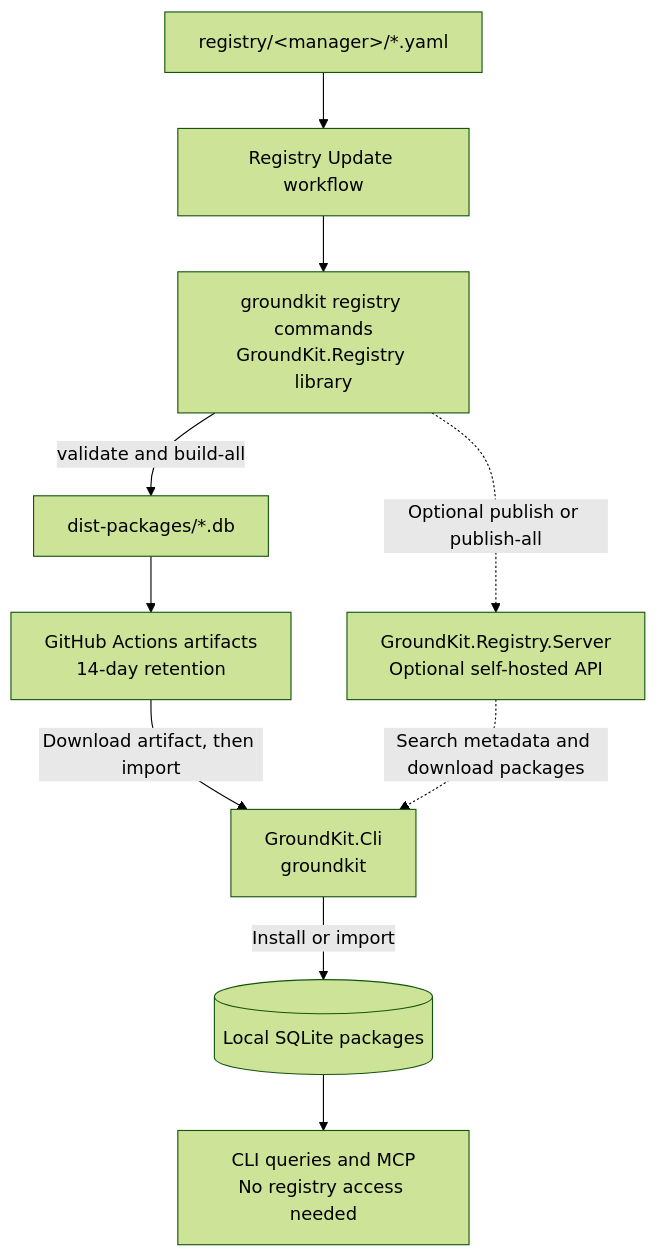
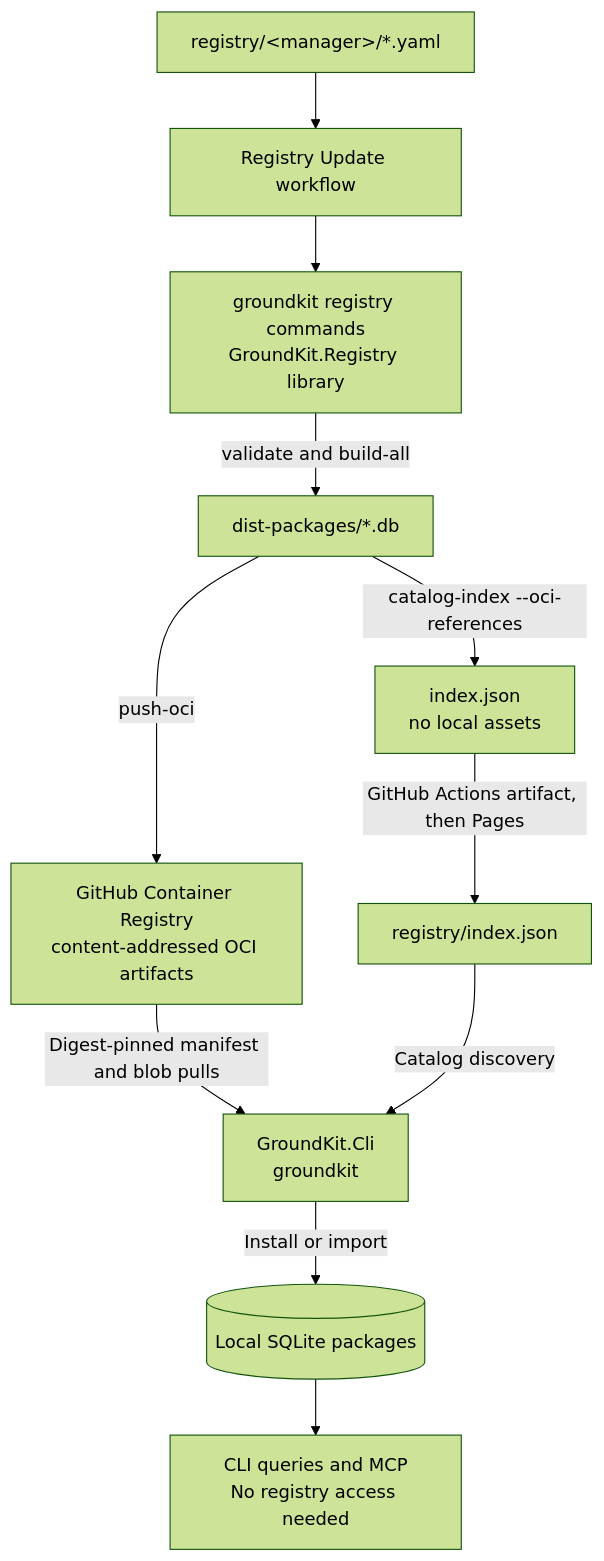
Before and after one commit to mehdihadeli/ContextKit: the first of 2 diagrams in src/GroundKit.Registry/README.md, drawn with Mermaid (forest theme). The commit also changed other lines of this file and 52 other files, not shown here.

````diff
--- a/src/GroundKit.Registry/README.md
+++ b/src/GroundKit.Registry/README.md
@@ -25,12 +25,13 @@
 ```mermaid
 flowchart TD
     definitions["registry/&lt;manager&gt;/*.yaml"] --> workflow["Registry Update workflow"]
     workflow --> tooling["groundkit registry commands<br/>GroundKit.Registry library"]
     tooling -->|validate and build-all| packages["dist-packages/*.db"]
-    packages --> artifacts["GitHub Actions artifacts<br/>14-day retention"]
-    artifacts -->|Download artifact, then import| consumer["GroundKit.Cli<br/>groundkit"]
-    tooling -.->|Optional publish or publish-all| server["GroundKit.Registry.Server<br/>Optional self-hosted API"]
-    server -.->|Search metadata and download packages| consumer
+    packages -->|push-oci| ghcr["GitHub Container Registry<br/>content-addressed OCI artifacts"]
+    packages -->|catalog-index --oci-references| catalog["index.json<br/>no local assets"]
+    ghcr -->|Digest-pinned manifest and blob pulls| consumer
+    catalog -->|GitHub Actions artifact, then Pages| pages["registry/index.json"]
+    pages -->|Catalog discovery| consumer["GroundKit.Cli<br/>groundkit"]
     consumer -->|Install or import| local[("Local SQLite packages")]
     local --> queries["CLI queries and MCP<br/>No registry access needed"]
 ```
````
